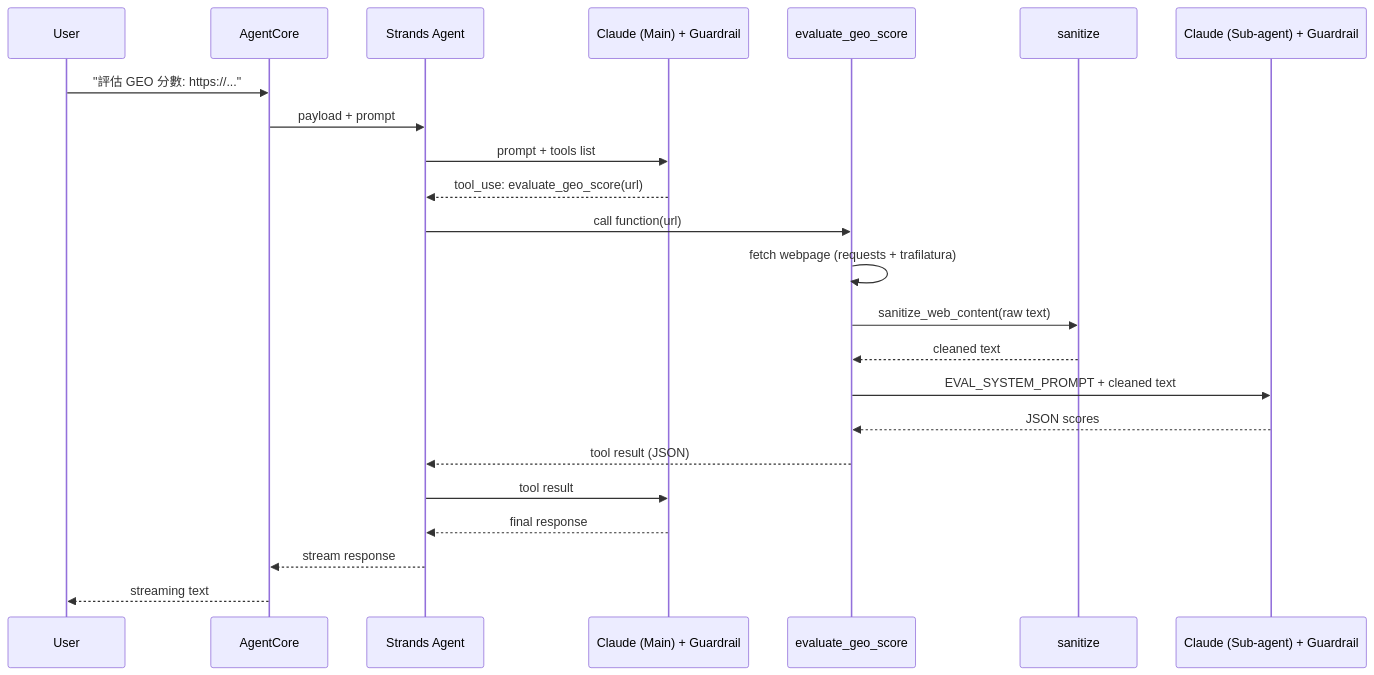
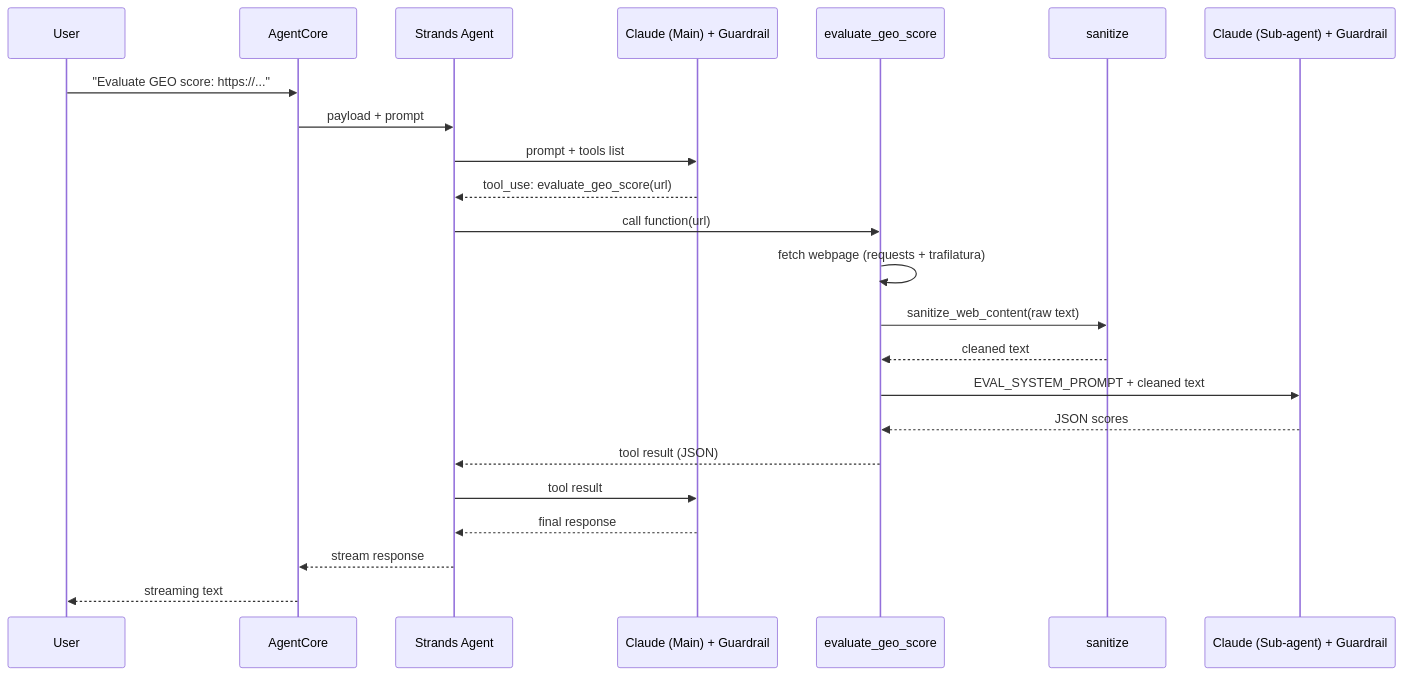
The first of 3 diagrams in docs/architecture.md (raywang1021/amazon-bedrock-agentcore-samples), drawn with Mermaid before and after one commit. The commit also changed other lines of this file and 3 other files, not shown here.

First line of the commit message:
docs: add English versions of README.md and architecture.md

````diff
--- a/docs/architecture.md
+++ b/docs/architecture.md
@@ -140,26 +142,26 @@
 ```mermaid
 sequenceDiagram
     participant User
     participant AgentCore
     participant MainAgent as Strands Agent
     participant Claude1 as Claude (Main) + Guardrail
     participant Tool as evaluate_geo_score
     participant Sanitize as sanitize
     participant Claude2 as Claude (Sub-agent) + Guardrail
 
-    User->>AgentCore: "評估 GEO 分數: https://..."
+    User->>AgentCore: "Evaluate GEO score: https://..."
     AgentCore->>MainAgent: payload + prompt
     MainAgent->>Claude1: prompt + tools list
     Claude1-->>MainAgent: tool_use: evaluate_geo_score(url)
     MainAgent->>Tool: call function(url)
     Tool->>Tool: fetch webpage (requests + trafilatura)
     Tool->>Sanitize: sanitize_web_content(raw text)
     Sanitize-->>Tool: cleaned text
     Tool->>Claude2: EVAL_SYSTEM_PROMPT + cleaned text
     Claude2-->>Tool: JSON scores
     Tool-->>MainAgent: tool result (JSON)
     MainAgent->>Claude1: tool result
     Claude1-->>MainAgent: final response
     MainAgent-->>AgentCore: stream response
     AgentCore-->>User: streaming text
 ```
````
